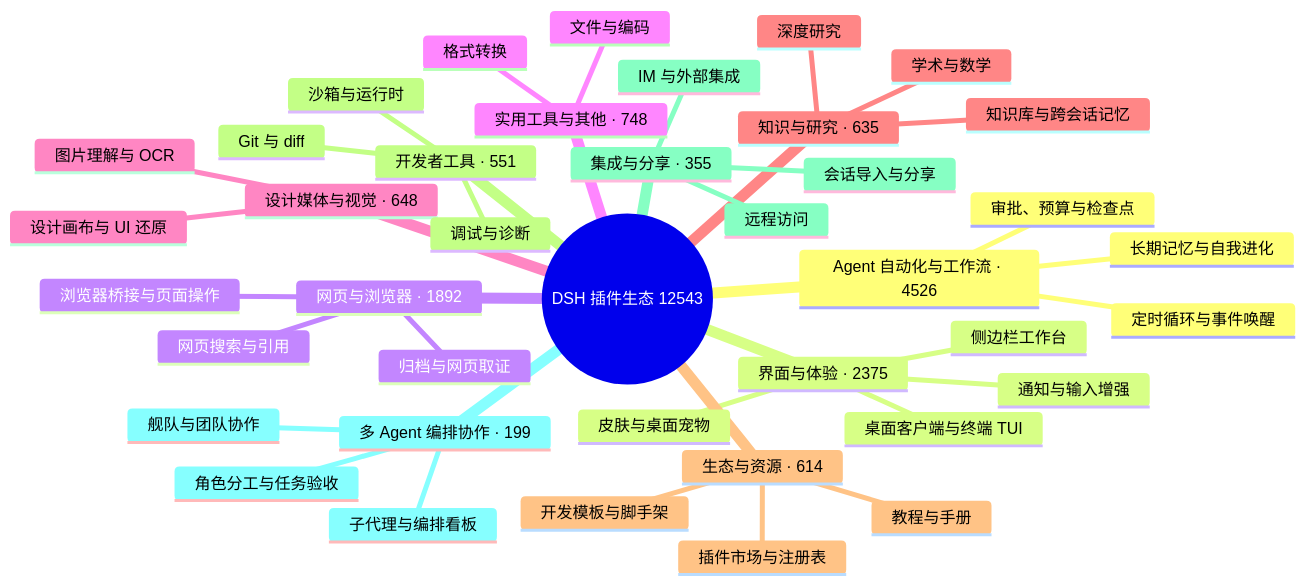
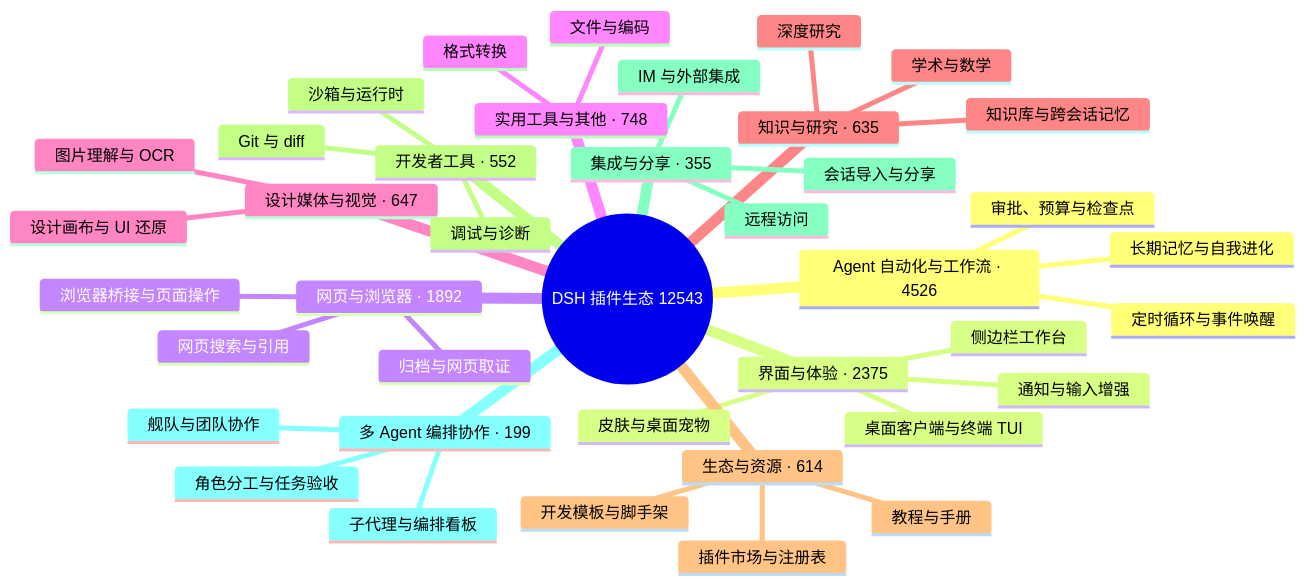
One commit to BOWLUNA/awesome-dsh-plugin changed the diagram in README.md. Above: the diagram before and after it, drawn with Mermaid. The commit also changed 5 other files, not shown here.

````diff
--- a/README.md
+++ b/README.md
@@ -33,43 +33,43 @@
 ```mermaid
 mindmap
   root((DSH 插件生态 12543))
     Agent 自动化与工作流 · 4526
       定时循环与事件唤醒
       长期记忆与自我进化
       审批、预算与检查点
     界面与体验 · 2375
       桌面客户端与终端 TUI
       侧边栏工作台
       皮肤与桌面宠物
       通知与输入增强
     网页与浏览器 · 1892
       浏览器桥接与页面操作
       网页搜索与引用
       归档与网页取证
     实用工具与其他 · 748
       文件与编码
       格式转换
-    设计媒体与视觉 · 648
+    设计媒体与视觉 · 647
       图片理解与 OCR
       设计画布与 UI 还原
     知识与研究 · 635
       知识库与跨会话记忆
       深度研究
       学术与数学
     生态与资源 · 614
       插件市场与注册表
       开发模板与脚手架
       教程与手册
-    开发者工具 · 551
+    开发者工具 · 552
       Git 与 diff
       沙箱与运行时
       调试与诊断
     集成与分享 · 355
       会话导入与分享
       远程访问
       IM 与外部集成
     多 Agent 编排协作 · 199
       子代理与编排看板
       舰队与团队协作
       角色分工与任务验收
 ```
````
